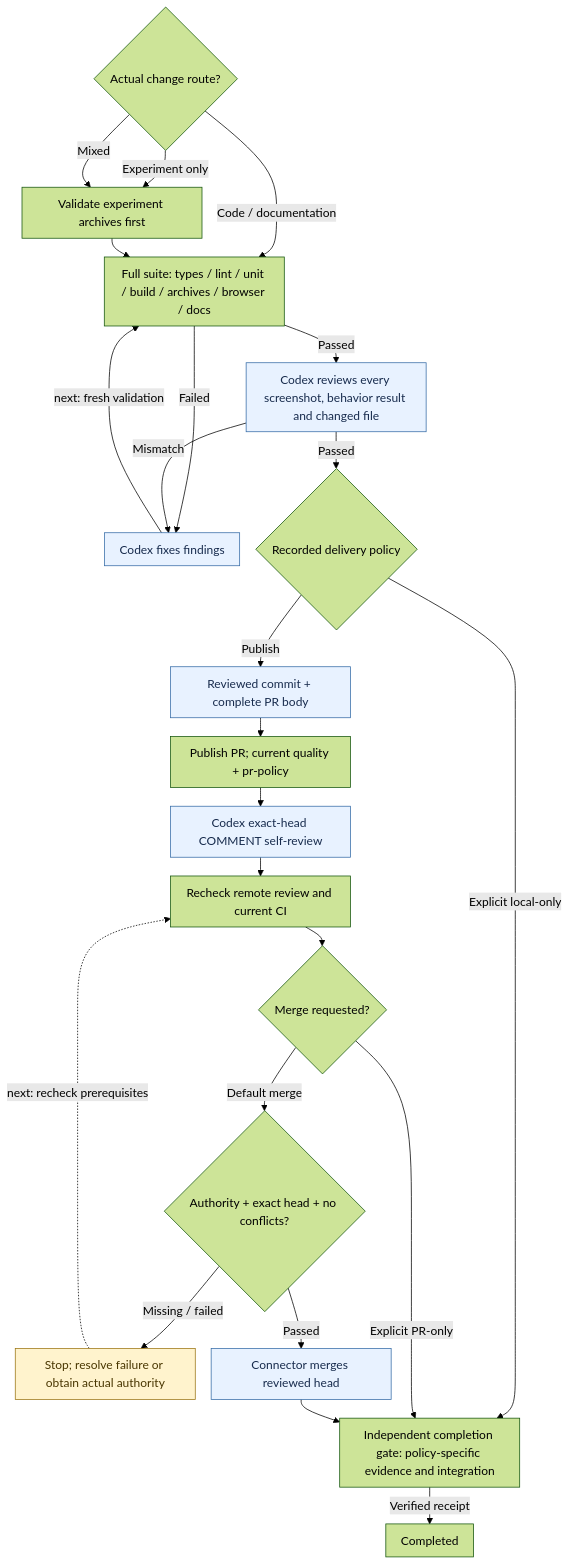
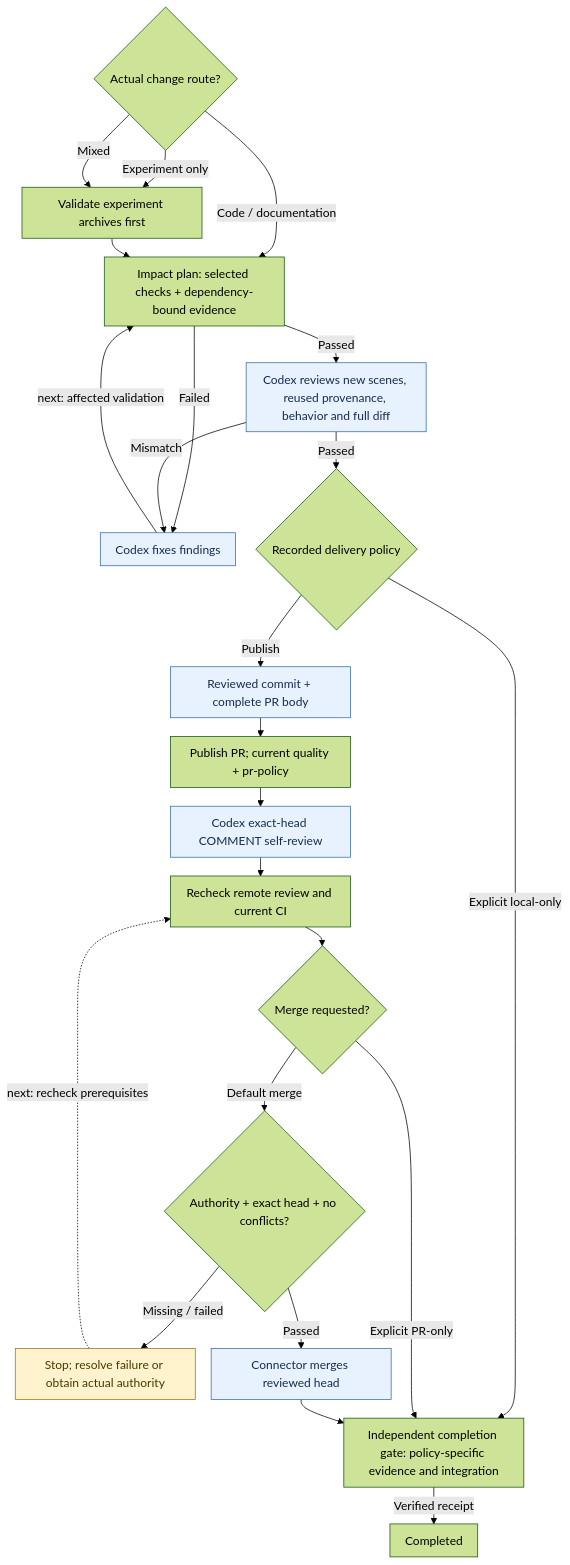
Before and after one commit to YuxiangLiu-lyx/self_evolving_world: the second of 2 diagrams in README.md, drawn with Mermaid (forest theme). The commit also changed other lines of this file and 47 other files, not shown here.

Commit message:
Scope validation by dependencies and reuse authenticated experiment evidence

````diff
--- a/README.md
+++ b/README.md
@@ -75,32 +75,32 @@
 ```mermaid
 %%{init: {'flowchart': {'nodeSpacing': 20, 'rankSpacing': 25, 'padding': 10}}}%%
 flowchart TB
     Route{Actual change route?}
     Route -->|Code / documentation| Checks
     Route -->|Experiment only| Records[Validate experiment archives first]
     Route -->|Mixed| Records
     Records --> Checks
-    Checks[Full suite: types / lint / unit / build / archives / browser / docs]
-    Checks -->|Passed| Review[Codex reviews every screenshot, behavior result and changed file]
+    Checks[Impact plan: selected checks + dependency-bound evidence]
+    Checks -->|Passed| Review[Codex reviews new scenes, reused provenance, behavior and full diff]
     Checks -->|Failed| Fix[Codex fixes findings]
     Review -->|Mismatch| Fix
-    Fix -->|next: fresh validation| Checks
+    Fix -->|next: affected validation| Checks
     Review -->|Passed| Policy{Recorded delivery policy}
     Policy -->|Explicit local-only| Finish[Independent completion gate: policy-specific evidence and integration]
     Policy -->|Publish| Commit[Reviewed commit + complete PR body]
     Commit --> Publish[Publish PR; current quality + pr-policy]
     Publish --> Comment[Codex exact-head COMMENT self-review]
     Comment --> Current[Recheck remote review and current CI]
     Current --> Delivery{Merge requested?}
     Delivery -->|Explicit PR-only| Finish
     Delivery -->|Default merge| Guard{Authority + exact head + no conflicts?}
     Guard -->|Missing / failed| Stop[Stop; resolve failure or obtain actual authority]
     Stop -.->|next: recheck prerequisites| Current
     Guard -->|Passed| Merge[Connector merges reviewed head]
     Merge --> Finish
     Finish -->|Verified receipt| Done[Completed]
     classDef conversation fill:#e8f2ff,stroke:#356ba6,color:#172b4d
     classDef paused fill:#fff3cd,stroke:#9a7413,color:#493600
     class Review,Fix,Commit,Comment,Merge conversation
     class Stop paused
 ```
````
